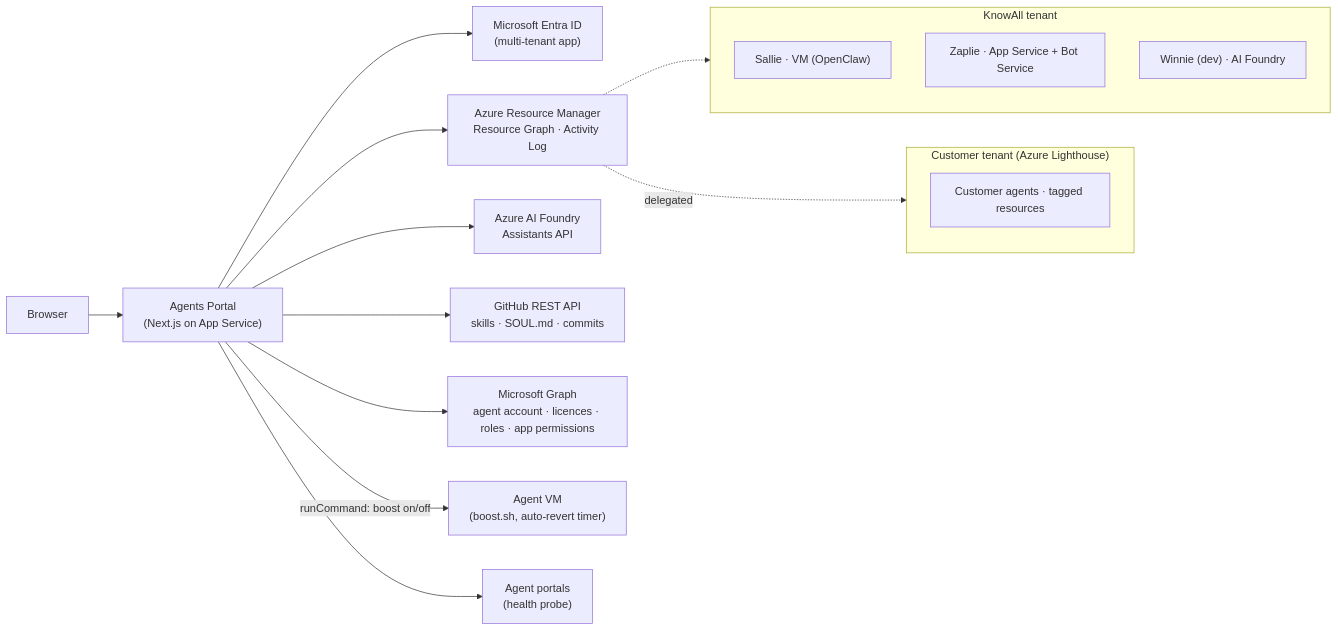
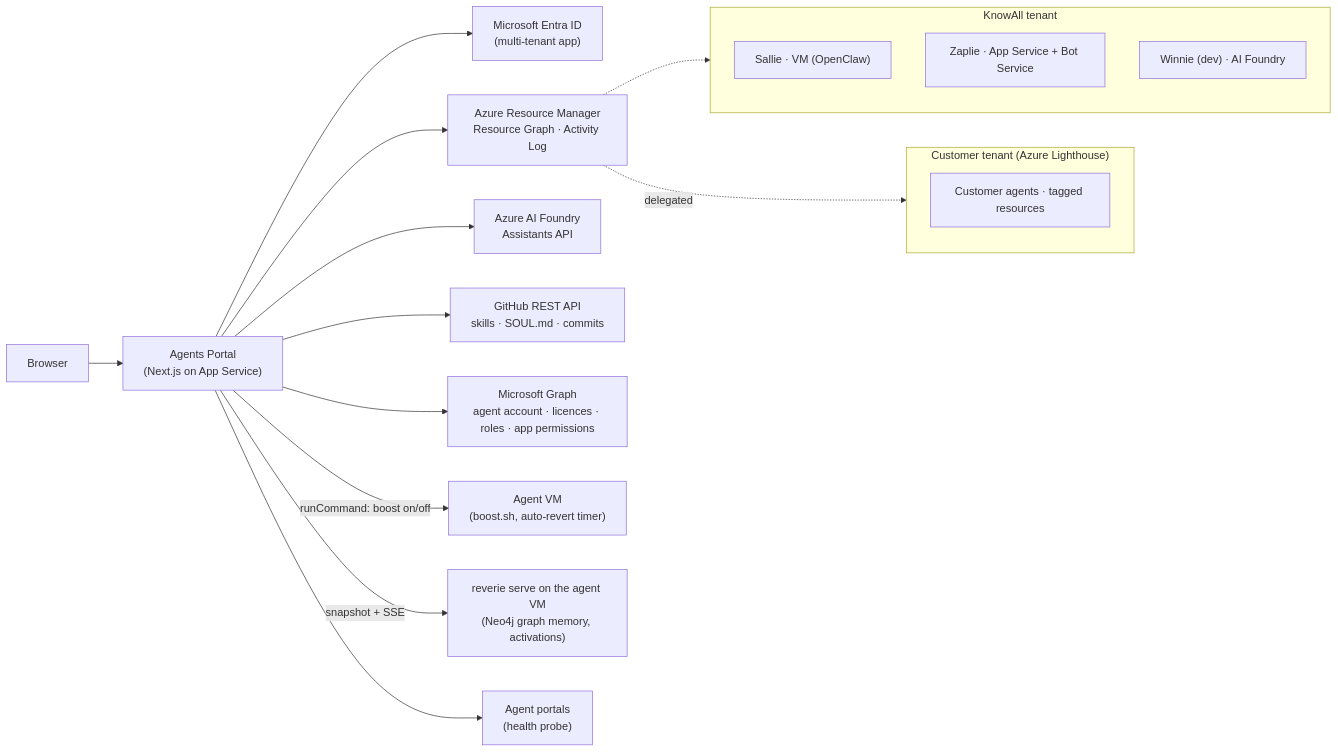
Before and after one commit to knowall-ai/agents-portal: the diagram in docs/SOLUTION_DESIGN.adoc, drawn with Mermaid. The commit also changed 23 other files, not shown here.

First line of the commit message:
feat: Brain tab — the agent's Reverie graph memory, live

```diff
--- a/docs/SOLUTION_DESIGN.adoc
+++ b/docs/SOLUTION_DESIGN.adoc
@@ -14,23 +14,24 @@
 [mermaid]
 ....
 flowchart LR
     Browser["Browser"] --> App["Agents Portal<br/>(Next.js on App Service)"]
     App --> Entra["Microsoft Entra ID<br/>(multi-tenant app)"]
     App --> ARM["Azure Resource Manager<br/>Resource Graph · Activity Log"]
     App --> Foundry["Azure AI Foundry<br/>Assistants API"]
     App --> GitHub["GitHub REST API<br/>skills · SOUL.md · commits"]
     App --> Graph["Microsoft Graph<br/>agent account · licences · roles · app permissions"]
     App -->|runCommand: boost on/off| VM["Agent VM<br/>(boost.sh, auto-revert timer)"]
+    App -->|snapshot + SSE| Reverie["reverie serve on the agent VM<br/>(Neo4j graph memory, activations)"]
     App --> Portal["Agent portals<br/>(health probe)"]
 
     subgraph KnowAll["KnowAll tenant"]
         Sallie["Sallie · VM (OpenClaw)"]
         Zaplie["Zaplie · App Service + Bot Service"]
         Winnie["Winnie (dev) · AI Foundry"]
     end
     subgraph Customer["Customer tenant (Azure Lighthouse)"]
         CustomerAgents["Customer agents · tagged resources"]
     end
     ARM -.-> KnowAll
     ARM -.->|delegated| Customer
 ....
```
